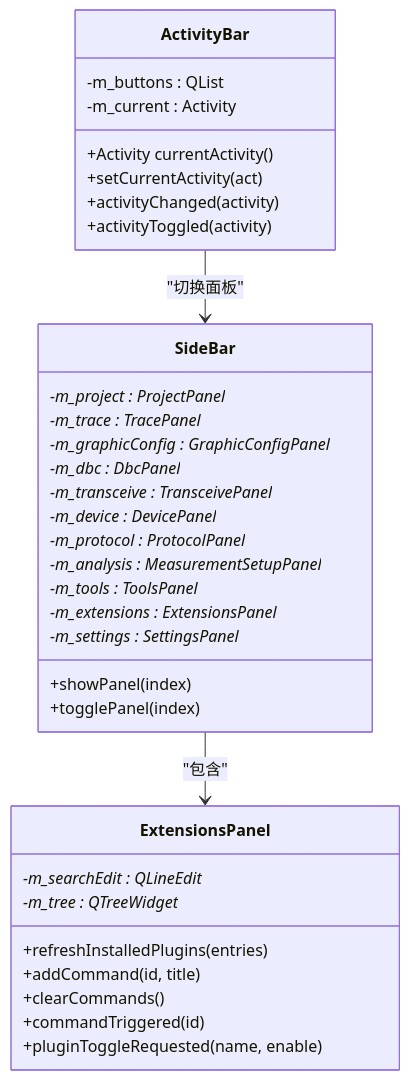
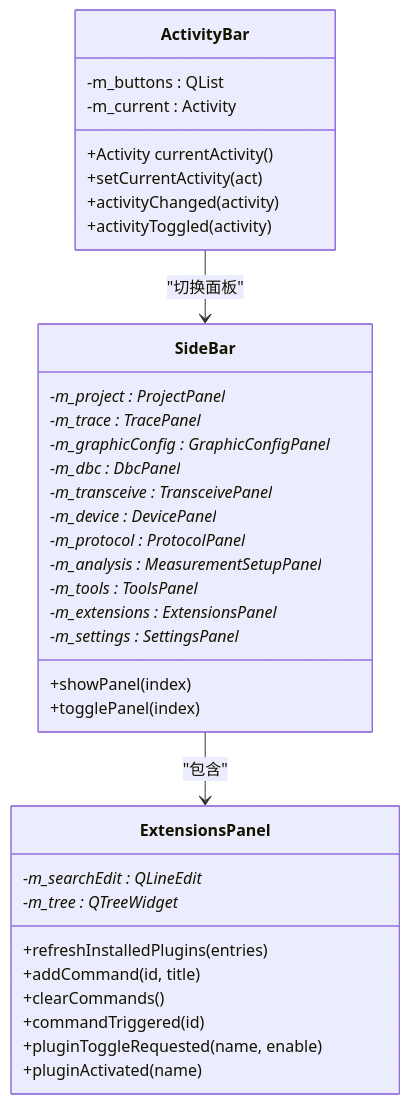
One commit to jakecai1225-design/OpenBus changed the third of 9 diagrams in .qoder/repowiki/zh/content/架构设计/插件系统架构/扩展面板系统.md. Above: the diagram before and after it, drawn with Mermaid. The commit also changed other lines of this file and 5 other files, not shown here.

````diff
--- a/.qoder/repowiki/zh/content/架构设计/插件系统架构/扩展面板系统.md
+++ b/.qoder/repowiki/zh/content/架构设计/插件系统架构/扩展面板系统.md
@@ -150,37 +157,38 @@
 ```mermaid
 classDiagram
 class ActivityBar {
 +Activity currentActivity()
 +setCurrentActivity(act)
 -m_buttons : QList<BtnInfo>
 -m_current : Activity
 +activityChanged(activity)
 +activityToggled(activity)
 }
 class SideBar {
 +showPanel(index)
 +togglePanel(index)
 -m_project : ProjectPanel*
 -m_trace : TracePanel*
 -m_graphicConfig : GraphicConfigPanel*
 -m_dbc : DbcPanel*
 -m_transceive : TransceivePanel*
 -m_device : DevicePanel*
 -m_protocol : ProtocolPanel*
 -m_analysis : MeasurementSetupPanel*
 -m_tools : ToolsPanel*
 -m_extensions : ExtensionsPanel*
 -m_settings : SettingsPanel*
 }
 class ExtensionsPanel {
 +refreshInstalledPlugins(entries)
 +addCommand(id, title)
 +clearCommands()
 -m_searchEdit : QLineEdit*
 -m_tree : QTreeWidget*
 +commandTriggered(id)
 +pluginToggleRequested(name, enable)
++pluginActivated(name)
 }
 ActivityBar --> SideBar : "切换面板"
 SideBar --> ExtensionsPanel : "包含"
 ```
````
